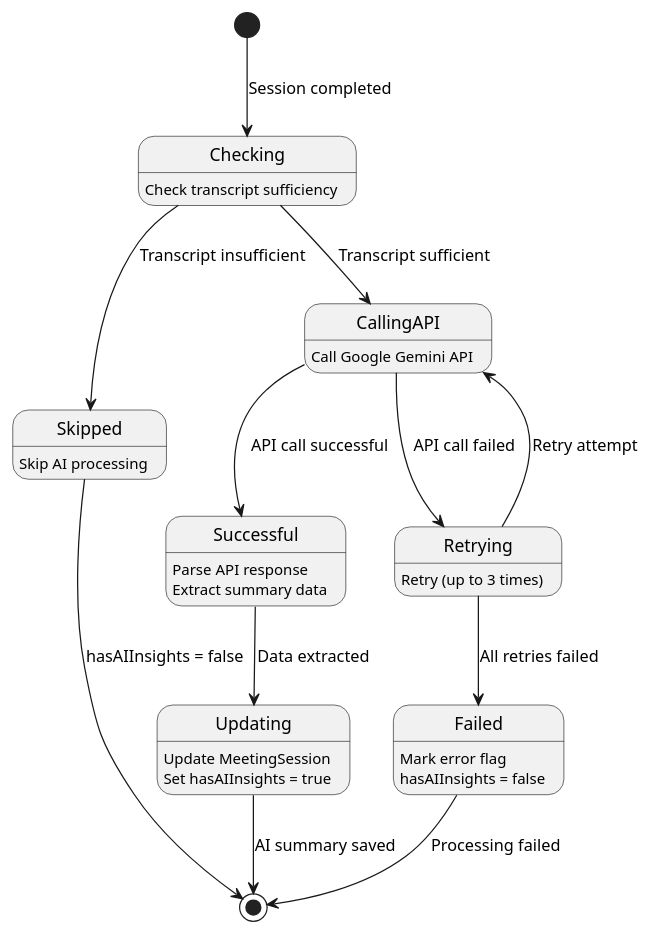
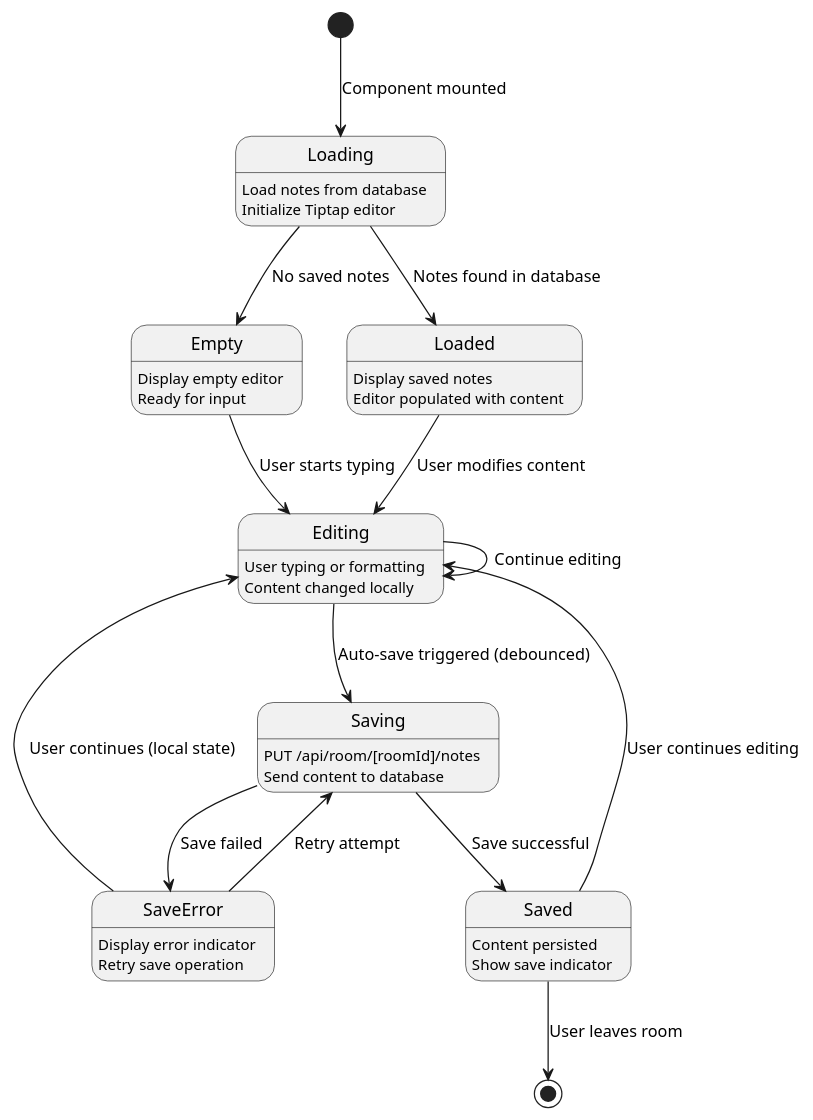
One commit to pho-veteran/stoom changed diagram 17 of 19 in stoom-app/reports.md. Above: the diagram before and after it, drawn with PlantUML. The commit also changed other lines of this file and 44 other files, not shown here.

````diff
--- a/stoom-app/reports.md
+++ b/stoom-app/reports.md
@@ -1007,39 +1183,50 @@
 ```plantuml
 @startuml
 skinparam monochrome true
 skinparam shadowing false
 hide empty description
 
-[*] --> Checking : Session completed
+[*] --> Loading : Component mounted
 
-Checking : Check transcript sufficiency
+Loading : Load notes from database
+Loading : Initialize Tiptap editor
 
-Checking --> Skipped : Transcript insufficient
-Skipped : Skip AI processing
-Skipped --> [*] : hasAIInsights = false
+Loading --> Empty : No saved notes
+Loading --> Loaded : Notes found in database
 
-Checking --> CallingAPI : Transcript sufficient
+Empty : Display empty editor
+Empty : Ready for input
 
-CallingAPI : Call Google Gemini API
+Empty --> Editing : User starts typing
 
-CallingAPI --> Successful : API call successful
-CallingAPI --> Retrying : API call failed
+Loaded : Display saved notes
+Loaded : Editor populated with content
 
-Retrying : Retry (up to 3 times)
-Retrying --> CallingAPI : Retry attempt
-Retrying --> Failed : All retries failed
+Loaded --> Editing : User modifies content
 
-Successful : Parse API response
-Successful : Extract summary data
-Successful --> Updating : Data extracted
+Editing : User typing or formatting
+Editing : Content changed locally
 
-Updating : Update MeetingSession
-Updating : Set hasAIInsights = true
-Updating --> [*] : AI summary saved
+Editing --> Saving : Auto-save triggered (debounced)
+Editing --> Editing : Continue editing
 
-Failed : Mark error flag
-Failed : hasAIInsights = false
-Failed --> [*] : Processing failed
+Saving : PUT /api/room/[roomId]/notes
+Saving : Send content to database
+
+Saving --> Saved : Save successful
+Saving --> SaveError : Save failed
+
+Saved : Content persisted
+Saved : Show save indicator
+
+Saved --> Editing : User continues editing
+Saved --> [*] : User leaves room
+
+SaveError : Display error indicator
+SaveError : Retry save operation
+
+SaveError --> Saving : Retry attempt
+SaveError --> Editing : User continues (local state)
 
 @enduml
 ```
````
